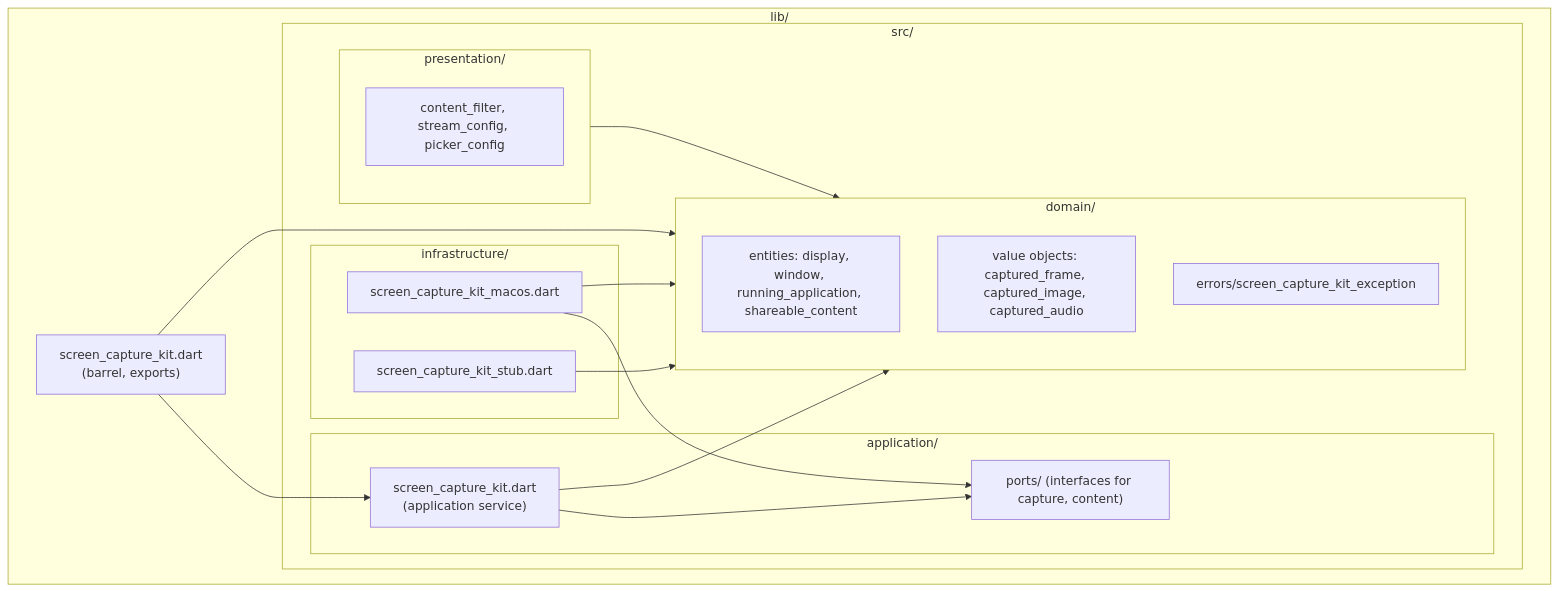
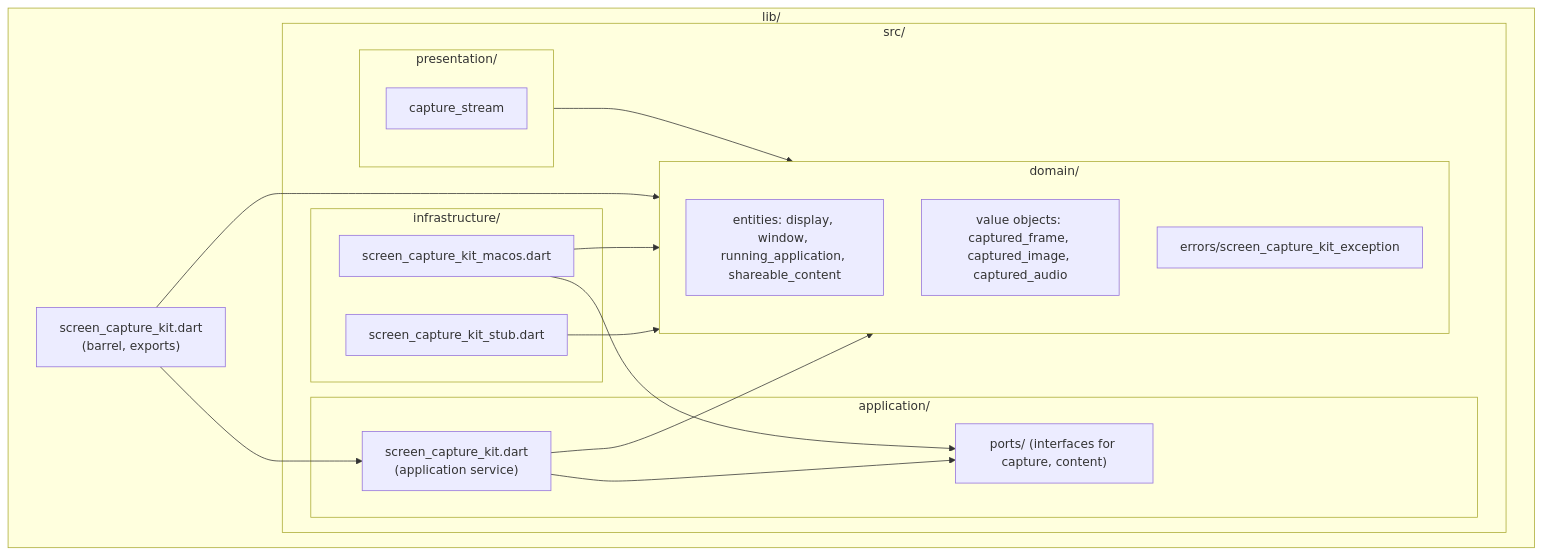
The third of 4 diagrams in .cursor/rules/architecture-ddd-layered.mdc (blendfactory/screen-capture-kit), drawn with Mermaid before and after one commit. The commit also changed other lines of this file and 10 other files, not shown here.

First line of the commit message:
refactor(domain): move ContentFilter, picker config, StreamConfiguration to domain

````diff
--- a/.cursor/rules/architecture-ddd-layered.mdc
+++ b/.cursor/rules/architecture-ddd-layered.mdc
@@ -82,32 +82,32 @@
 ```mermaid
 flowchart TB
   subgraph lib["lib/"]
     barrel["screen_capture_kit.dart\n(barrel, exports)"]
     subgraph src["src/"]
       subgraph domain["domain/"]
         d_entities["entities: display, window, running_application, shareable_content"]
         d_values["value objects: captured_frame, captured_image, captured_audio"]
         d_errors["errors/screen_capture_kit_exception"]
       end
       subgraph application["application/"]
         app_service["screen_capture_kit.dart\n(application service)"]
         app_ports["ports/ (interfaces for capture, content)"]
       end
       subgraph infrastructure["infrastructure/"]
         impl_macos["screen_capture_kit_macos.dart"]
         impl_stub["screen_capture_kit_stub.dart"]
       end
       subgraph presentation["presentation/"]
-        config["content_filter, stream_config, picker_config"]
+        config["capture_stream"]
       end
     end
   end
   barrel --> app_service
   barrel --> domain
   app_service --> domain
   app_service --> app_ports
   impl_macos --> domain
   impl_macos --> app_ports
   impl_stub --> domain
   presentation --> domain
 ```
````
